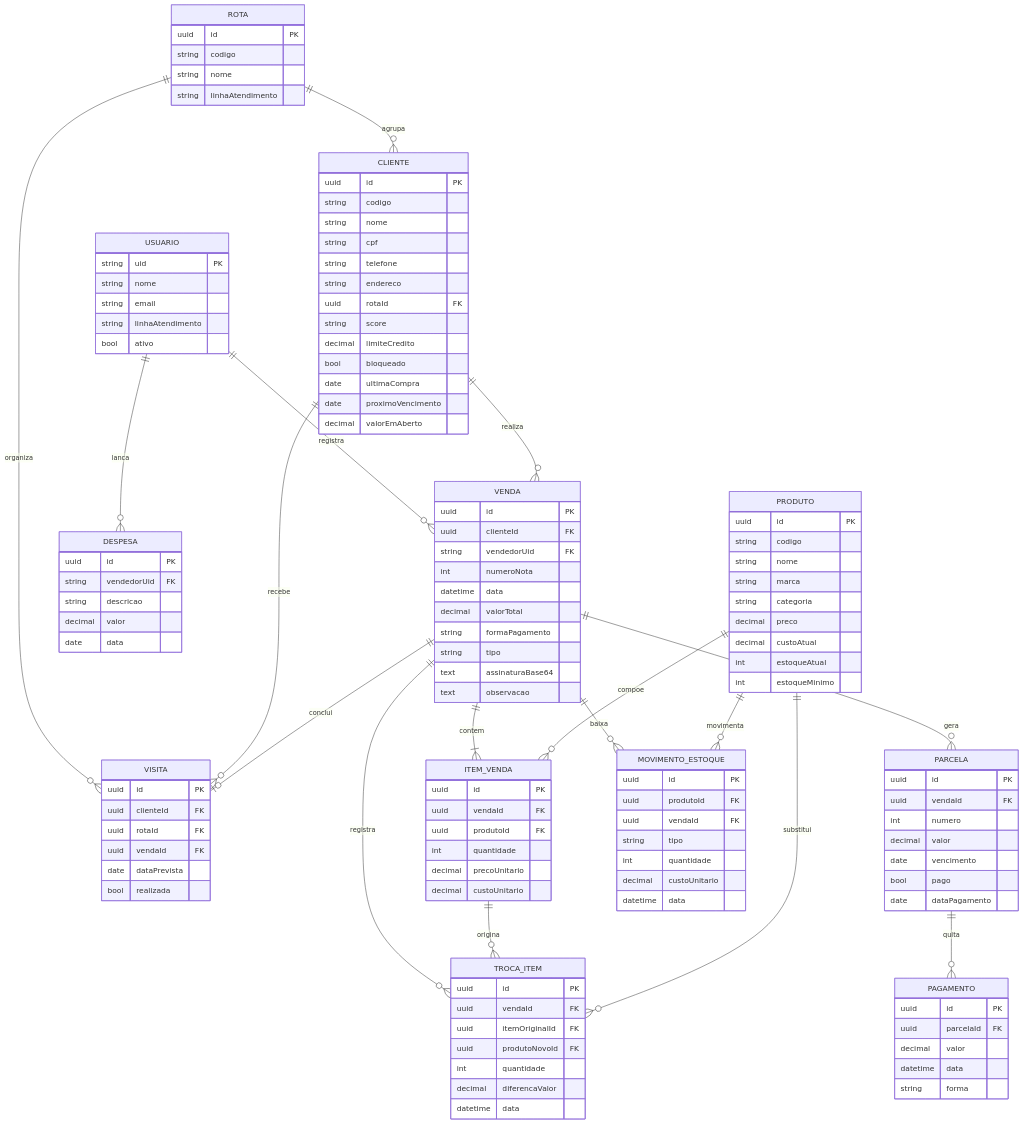
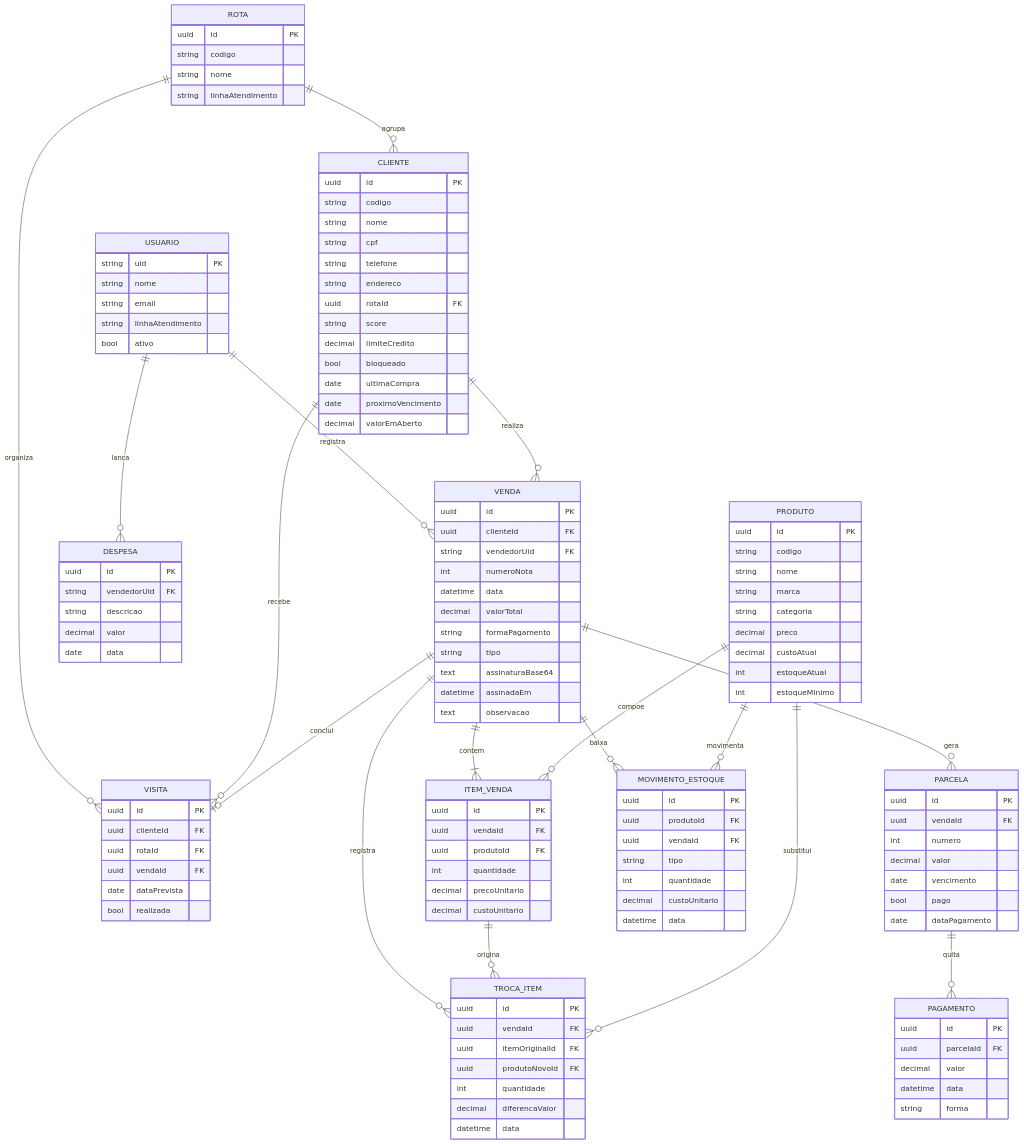
Before and after one commit to ThiagoErik55/cesta_basica_lopez_mobile: the first of 4 diagrams in docs/modelo-logico.md, drawn with Mermaid. The commit also changed other lines of this file and 2 other files, not shown here.

Commit message:
feat(venda): campo assinadaEm e gravação parcial da assinatura na venda (KAN-38)

```diff
--- a/docs/modelo-logico.md
+++ b/docs/modelo-logico.md
@@ -85,6 +85,7 @@
     string formaPagamento
     string tipo
     text assinaturaBase64
+    datetime assinadaEm
     text observacao
   }
   ITEM_VENDA {
```
